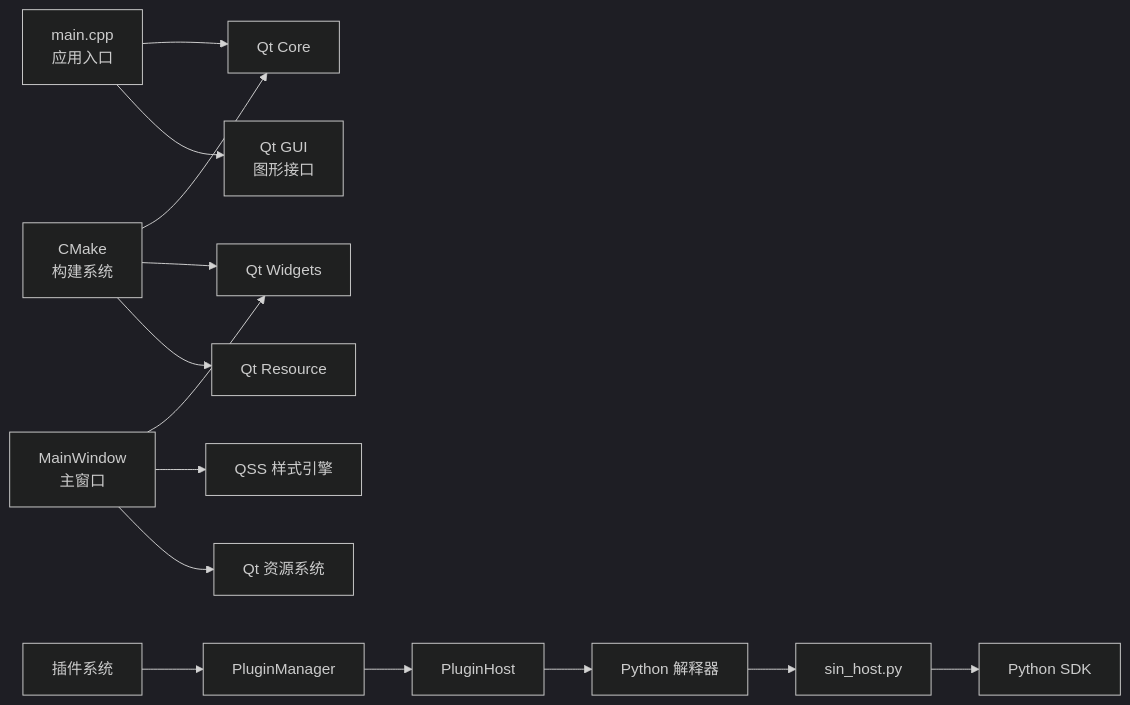
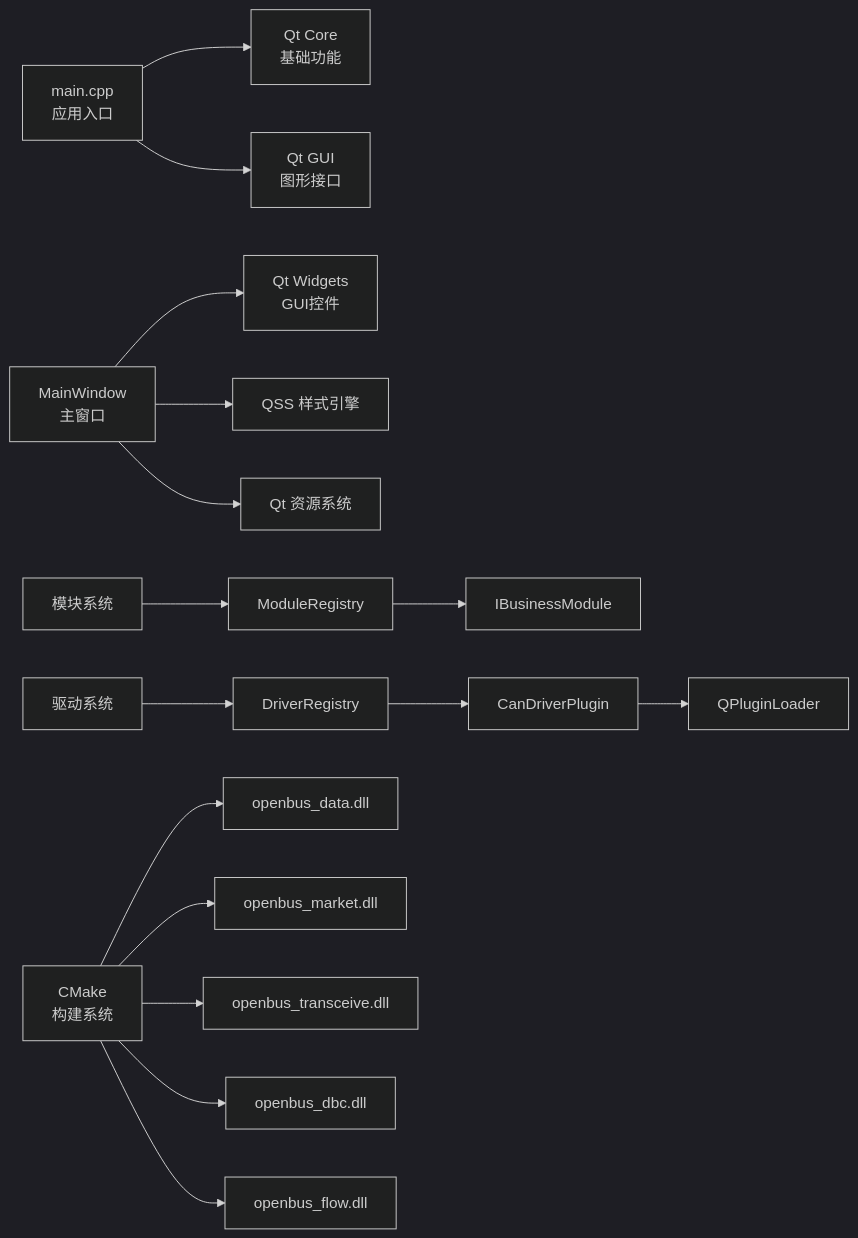
Before and after one commit to jakecai1225-design/OpenBus: the fourth of 4 diagrams in .qoder/repowiki/zh/content/项目概述/项目概述.md, drawn with Mermaid (dark theme). The commit also changed other lines of this file and 177 other files, not shown here.

````diff
--- a/.qoder/repowiki/zh/content/项目概述/项目概述.md
+++ b/.qoder/repowiki/zh/content/项目概述/项目概述.md
@@ -356,16 +419,18 @@
 ```mermaid
 graph LR
 Main["main.cpp<br/>应用入口"] --> QtCore["Qt Core<br/>基础功能"]
 Main --> QtGui["Qt GUI<br/>图形接口"]
 MainWindow["MainWindow<br/>主窗口"] --> QtWidgets["Qt Widgets<br/>GUI控件"]
 MainWindow --> QSS["QSS 样式引擎"]
 MainWindow --> QRC["Qt 资源系统"]
-PluginSystem["插件系统"] --> PluginManager["PluginManager"]
-PluginManager --> PluginHost["PluginHost"]
-PluginHost --> Python["Python 解释器"]
-Python --> HostScript["sin_host.py"]
-HostScript --> SDK["Python SDK"]
-BuildSystem["CMake<br/>构建系统"] --> QtCore["Qt Core"]
-BuildSystem --> QtWidgets["Qt Widgets"]
-BuildSystem --> QtResource["Qt Resource"]
+ModuleSystem["模块系统"] --> ModuleRegistry["ModuleRegistry"]
+ModuleRegistry --> IBusinessModule["IBusinessModule"]
+DriverSystem["驱动系统"] --> DriverRegistry["DriverRegistry"]
+DriverRegistry --> CanDriverPlugin["CanDriverPlugin"]
+CanDriverPlugin --> QPluginLoader["QPluginLoader"]
+BuildSystem["CMake<br/>构建系统"] --> openbus_data["openbus_data.dll"]
+BuildSystem --> openbus_market["openbus_market.dll"]
+BuildSystem --> openbus_transceive["openbus_transceive.dll"]
+BuildSystem --> openbus_dbc["openbus_dbc.dll"]
+BuildSystem --> openbus_flow["openbus_flow.dll"]
 ```
````
